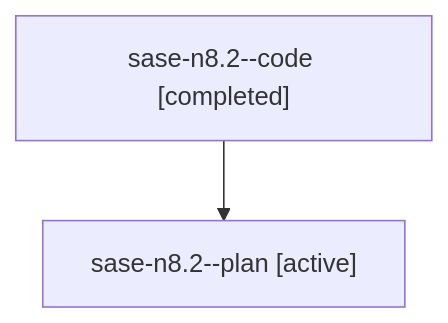
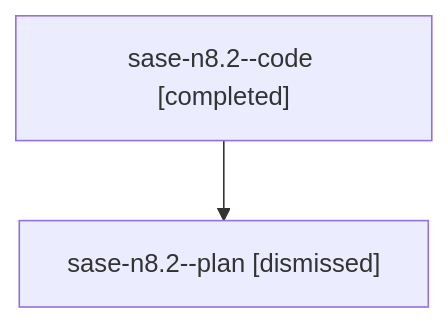
One commit to sase-org/sase--agents changed the diagram in sessions/bbugyi200.athena.sase-n8.2.md. Above: the diagram before and after it, drawn with Mermaid. The commit also changed other lines of this file and 128 other files, not shown here.

````diff
--- a/sessions/bbugyi200.athena.sase-n8.2.md
+++ b/sessions/bbugyi200.athena.sase-n8.2.md
@@ -9,6 +9,6 @@
 ```mermaid
 flowchart TD
   n0["sase-n8.2--code [completed]"]
-  n1["sase-n8.2--plan [active]"]
+  n1["sase-n8.2--plan [dismissed]"]
   n0 --> n1
 ```
````
